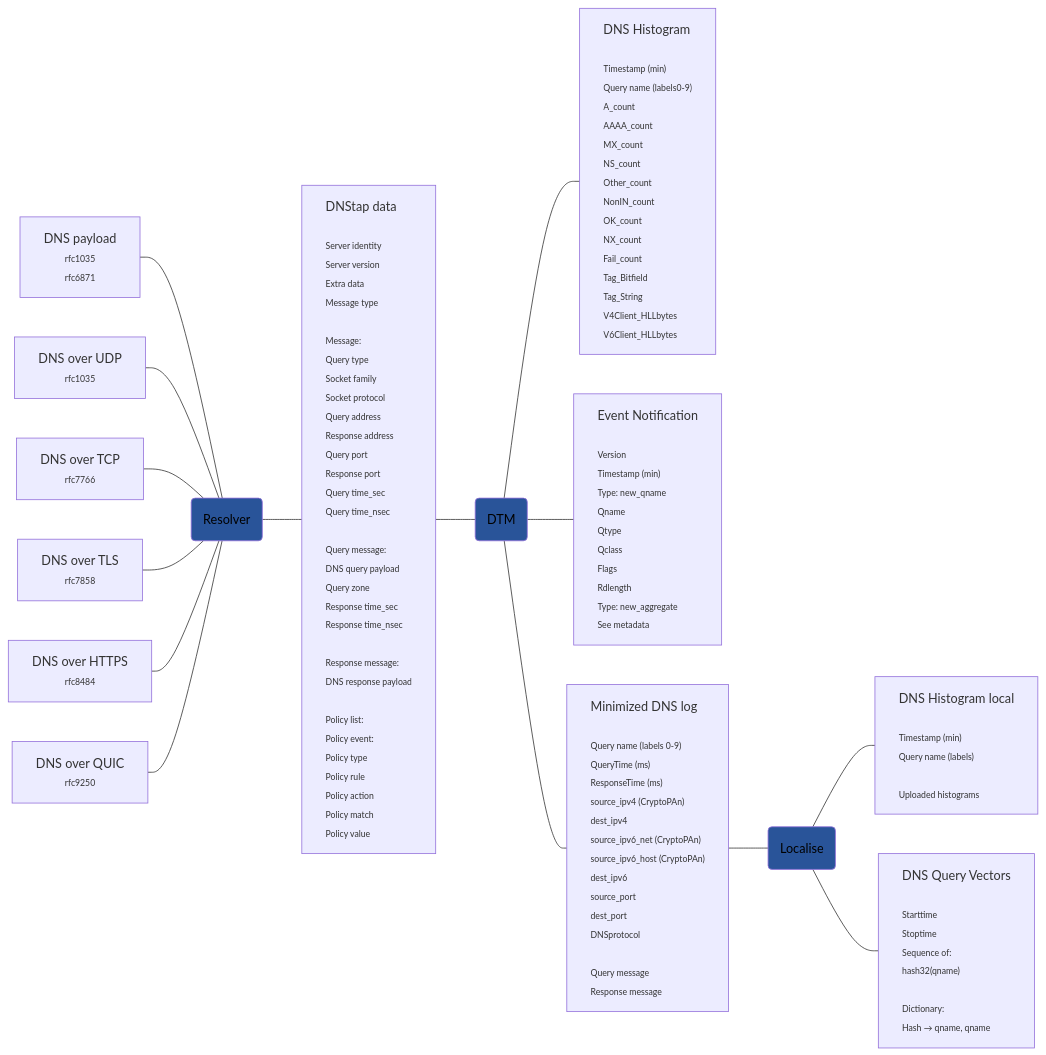
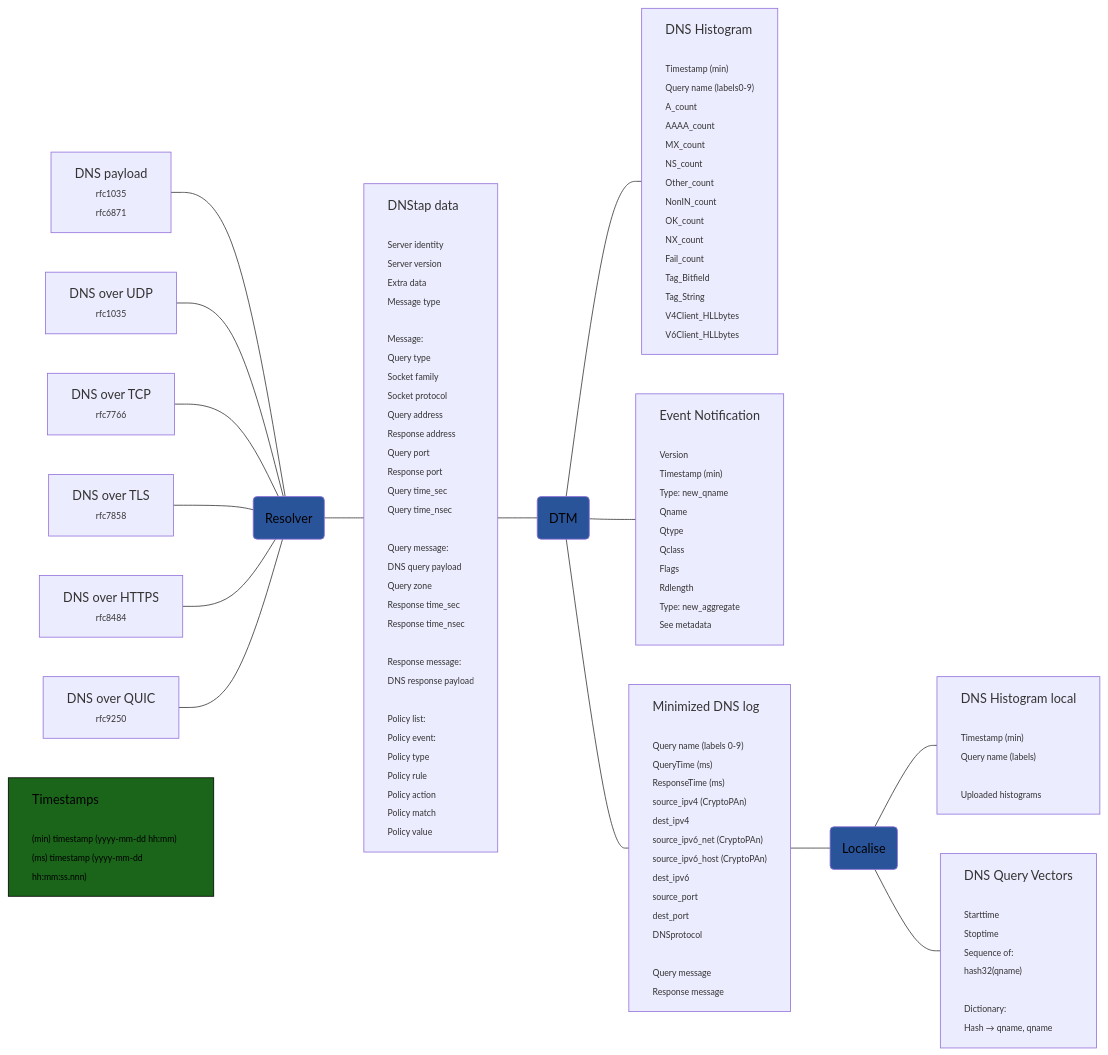
Before and after one commit to dnstapir/datasets: the diagram in dnsdataflow.md, drawn with Mermaid.

````diff
--- a/dnsdataflow.md
+++ b/dnsdataflow.md
@@ -129,6 +129,13 @@
 Hash → qname, qname"
 ]:::left
 
+Time["Timestamps
+<span style='font-size:11px;'>
+(min) timestamp (yyyy-mm-dd hh:mm)
+(ms) timestamp (yyyy-mm-dd hh:mm:ss.nnn)
+</span>"]:::info
+
 classDef service fill:#295499,color:#000
 classDef left text-align:left
+classDef info fill:#1a651a,stroke:#000,color:#000,text-align:left
 ```
````
